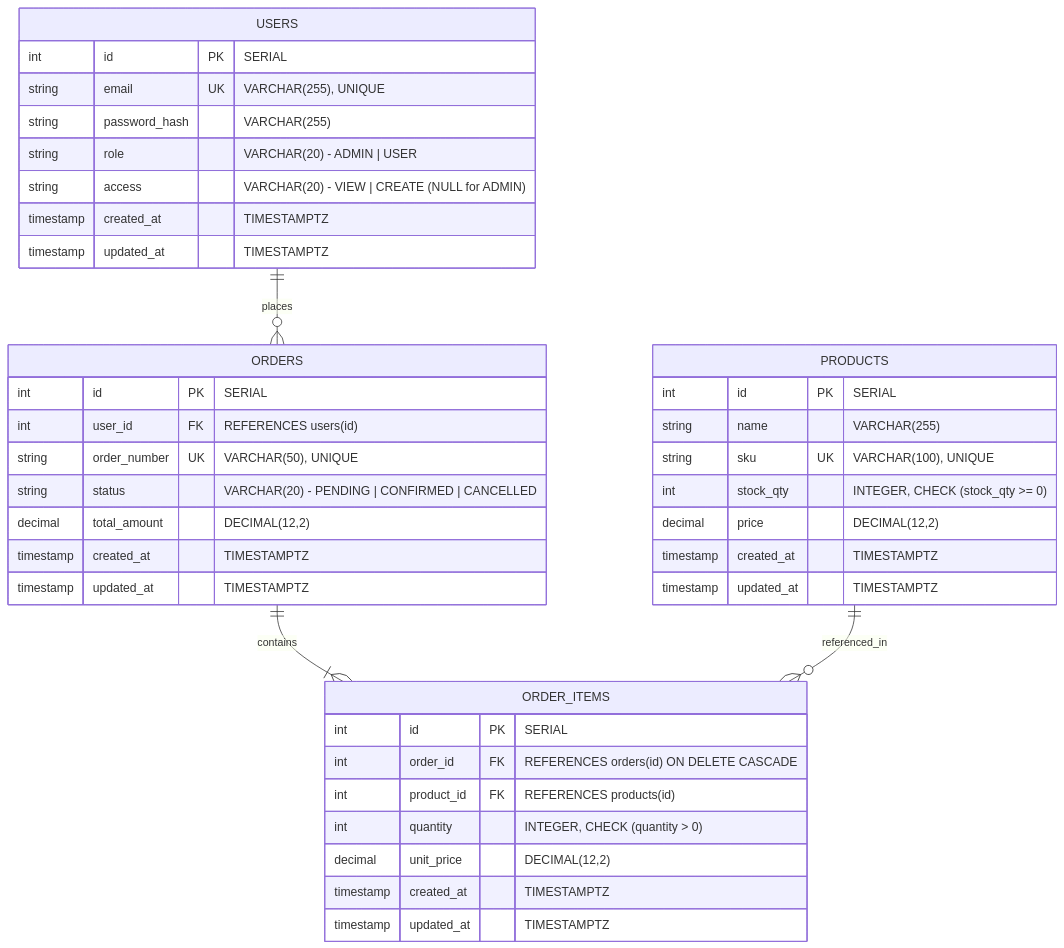
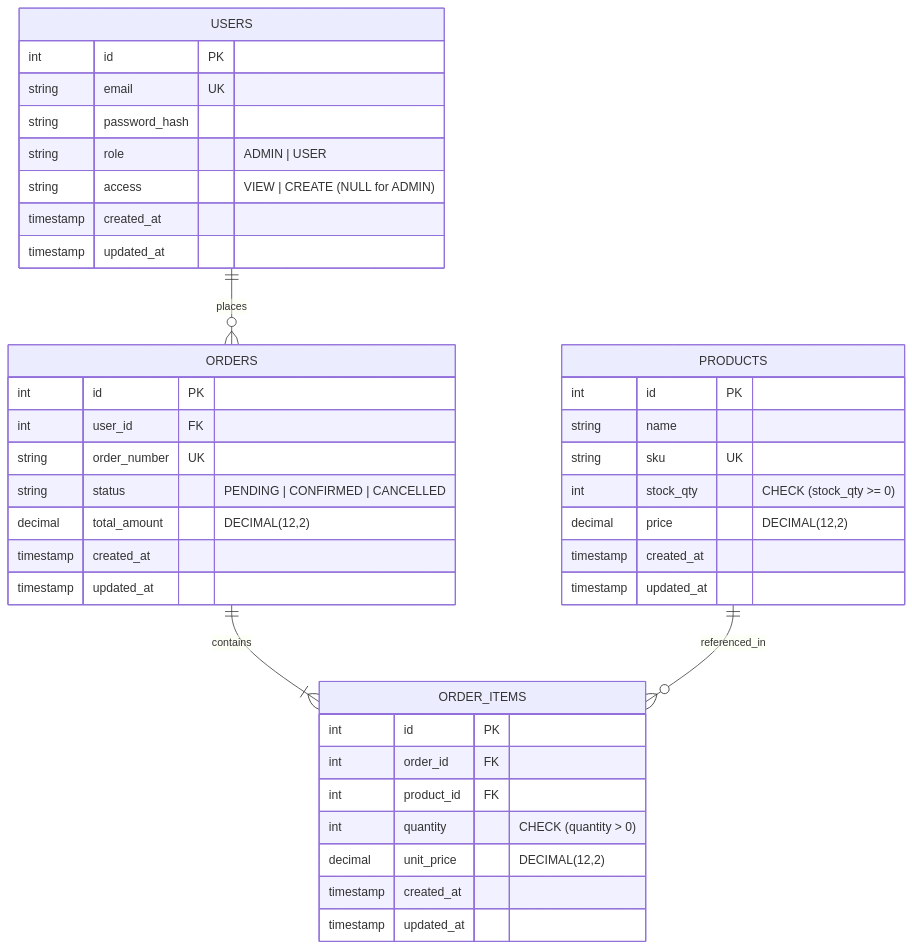
Before and after one commit to sumitranot/nld_assignment: the diagram in README.md, drawn with Mermaid. The commit also changed other lines of this file, not shown here.

Commit message:
docs: refine README with concise architecture, role matrix, and verified setup

````diff
--- a/README.md
+++ b/README.md
@@ -122,46 +78,46 @@
 ```mermaid
 erDiagram
     USERS ||--o{ ORDERS : "places"
     ORDERS ||--|{ ORDER_ITEMS : "contains"
     PRODUCTS ||--o{ ORDER_ITEMS : "referenced_in"
 
     USERS {
-        int id PK "SERIAL"
-        string email UK "VARCHAR(255), UNIQUE"
-        string password_hash "VARCHAR(255)"
-        string role "VARCHAR(20) - ADMIN | USER"
-        string access "VARCHAR(20) - VIEW | CREATE (NULL for ADMIN)"
-        timestamp created_at "TIMESTAMPTZ"
-        timestamp updated_at "TIMESTAMPTZ"
+        int id PK
+        string email UK
+        string password_hash
+        string role "ADMIN | USER"
+        string access "VIEW | CREATE (NULL for ADMIN)"
+        timestamp created_at
+        timestamp updated_at
     }
 
     PRODUCTS {
-        int id PK "SERIAL"
-        string name "VARCHAR(255)"
-        string sku UK "VARCHAR(100), UNIQUE"
-        int stock_qty "INTEGER, CHECK (stock_qty >= 0)"
+        int id PK
+        string name
+        string sku UK
+        int stock_qty "CHECK (stock_qty >= 0)"
         decimal price "DECIMAL(12,2)"
-        timestamp created_at "TIMESTAMPTZ"
-        timestamp updated_at "TIMESTAMPTZ"
+        timestamp created_at
+        timestamp updated_at
     }
 
     ORDERS {
-        int id PK "SERIAL"
-        int user_id FK "REFERENCES users(id)"
-        string order_number UK "VARCHAR(50), UNIQUE"
-        string status "VARCHAR(20) - PENDING | CONFIRMED | CANCELLED"
+        int id PK
+        int user_id FK
+        string order_number UK
+        string status "PENDING | CONFIRMED | CANCELLED"
         decimal total_amount "DECIMAL(12,2)"
-        timestamp created_at "TIMESTAMPTZ"
-        timestamp updated_at "TIMESTAMPTZ"
+        timestamp created_at
+        timestamp updated_at
     }
 
     ORDER_ITEMS {
-        int id PK "SERIAL"
-        int order_id FK "REFERENCES orders(id) ON DELETE CASCADE"
-        int product_id FK "REFERENCES products(id)"
-        int quantity "INTEGER, CHECK (quantity > 0)"
+        int id PK
+        int order_id FK
+        int product_id FK
+        int quantity "CHECK (quantity > 0)"
         decimal unit_price "DECIMAL(12,2)"
-        timestamp created_at "TIMESTAMPTZ"
-        timestamp updated_at "TIMESTAMPTZ"
+        timestamp created_at
+        timestamp updated_at
     }
 ```
````
